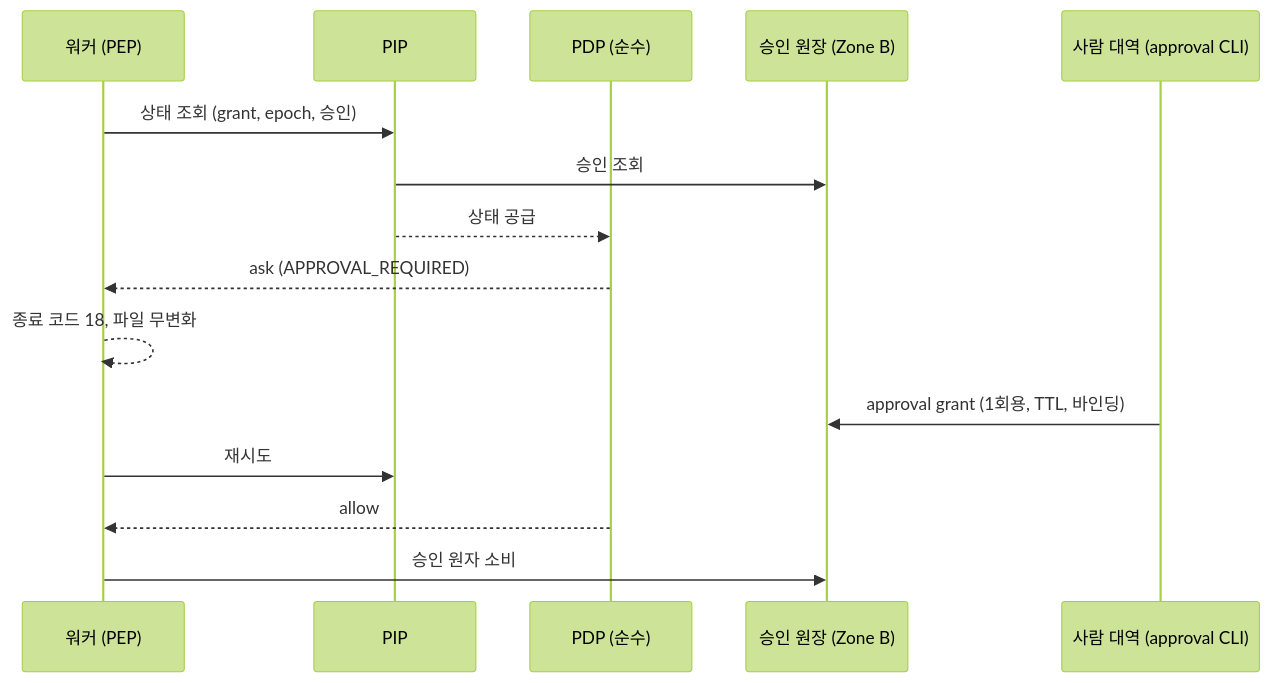
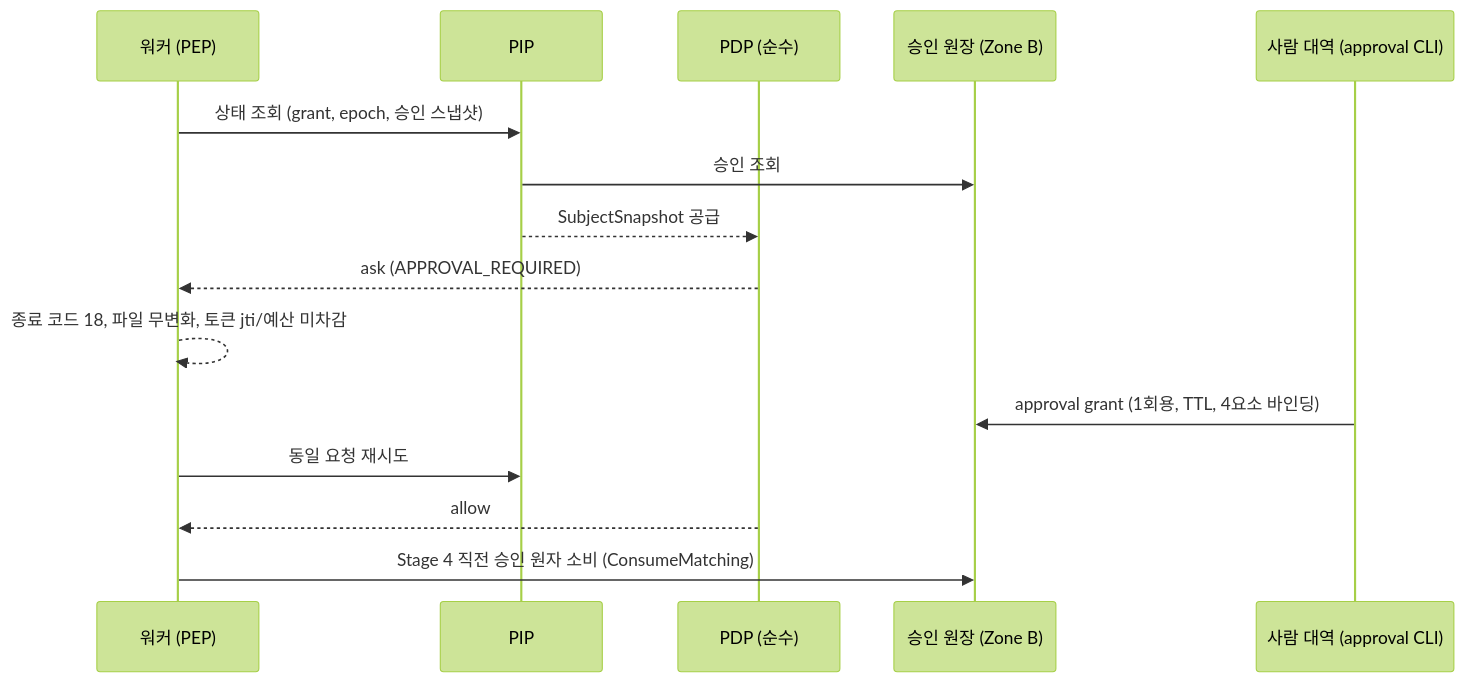
One commit to RadiantCitron/authz-harness changed the diagram in docs/로드맵/15-pdp-승인-결정-ask/ROADMAP.md. Above: the diagram before and after it, drawn with Mermaid (forest theme). The commit also changed other lines of this file and 5 other files, not shown here.

Commit message:
docs(roadmap-15): 실제 코드 대조 기반 010~050 지시서 및 설계 5대 정합성 함정 보강

````diff
--- a/docs/로드맵/15-pdp-승인-결정-ask/ROADMAP.md
+++ b/docs/로드맵/15-pdp-승인-결정-ask/ROADMAP.md
@@ -17,17 +17,17 @@
 ```mermaid
 sequenceDiagram
   participant W as 워커 (PEP)
   participant I as PIP
   participant D as PDP (순수)
   participant L as 승인 원장 (Zone B)
   participant H as 사람 대역 (approval CLI)
-  W->>I: 상태 조회 (grant, epoch, 승인)
+  W->>I: 상태 조회 (grant, epoch, 승인 스냅샷)
   I->>L: 승인 조회
-  I-->>D: 상태 공급
+  I-->>D: SubjectSnapshot 공급
   D-->>W: ask (APPROVAL_REQUIRED)
-  W-->>W: 종료 코드 18, 파일 무변화
-  H->>L: approval grant (1회용, TTL, 바인딩)
-  W->>I: 재시도
+  W-->>W: 종료 코드 18, 파일 무변화, 토큰 jti/예산 미차감
+  H->>L: approval grant (1회용, TTL, 4요소 바인딩)
+  W->>I: 동일 요청 재시도
   D-->>W: allow
-  W->>L: 승인 원자 소비
+  W->>L: Stage 4 직전 승인 원자 소비 (ConsumeMatching)
 ```
````
